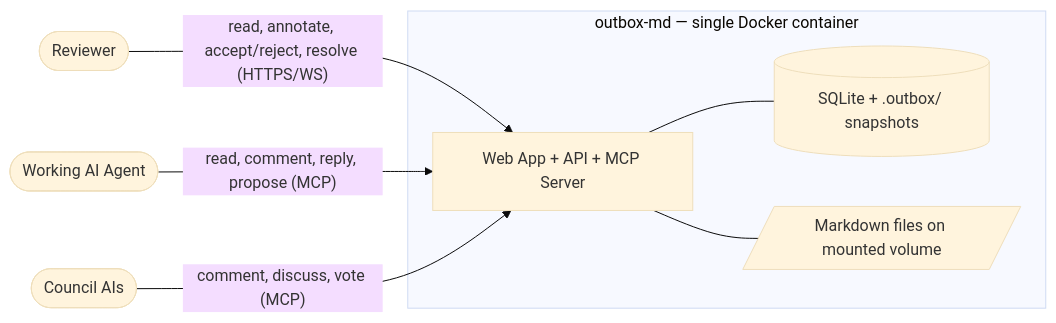
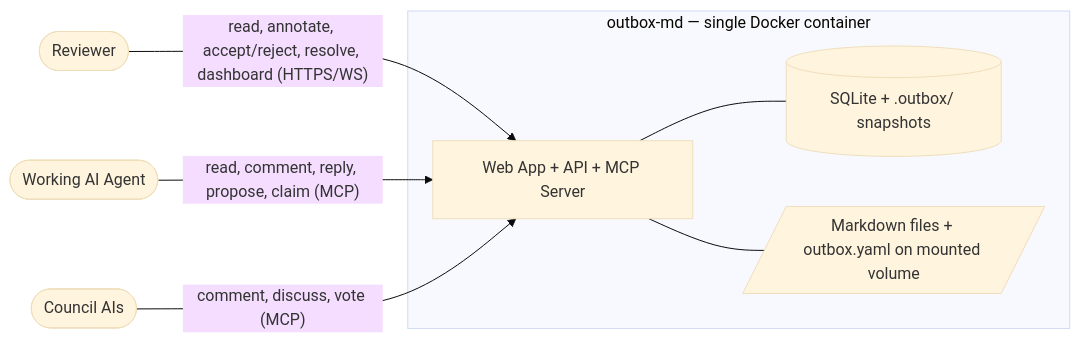
One commit to rajanrx/outbox-md changed the first of 4 diagrams in docs/specs/2026-06-27-outbox-md-design.md. Above: the diagram before and after it, drawn with Mermaid (base theme). The commit also changed other lines of this file, not shown here.

First line of the commit message:
docs: add configuration, reliability/failure handling, and built-in dashboard

````diff
--- a/docs/specs/2026-06-27-outbox-md-design.md
+++ b/docs/specs/2026-06-27-outbox-md-design.md
@@ -101,18 +170,18 @@
 ```mermaid
 flowchart LR
     Human([Reviewer])
     Agent([Working AI Agent])
     Council([Council AIs])
 
     subgraph Container["outbox-md — single Docker container"]
         App[Web App + API + MCP Server]
         DB[(SQLite + .outbox/ snapshots)]
-        FS[/Markdown files on mounted volume/]
+        FS[/Markdown files + outbox.yaml on mounted volume/]
     end
 
-    Human -- "read, annotate, accept/reject, resolve (HTTPS/WS)" --> App
-    Agent -- "read, comment, reply, propose (MCP)" --> App
+    Human -- "read, annotate, accept/reject, resolve, dashboard (HTTPS/WS)" --> App
+    Agent -- "read, comment, reply, propose, claim (MCP)" --> App
     Council -- "comment, discuss, vote (MCP)" --> App
     App --- DB
     App --- FS
 ```
````
